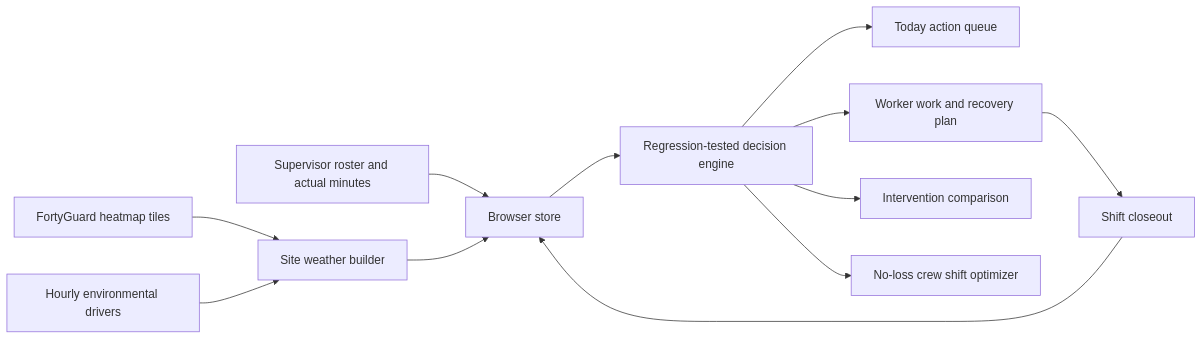
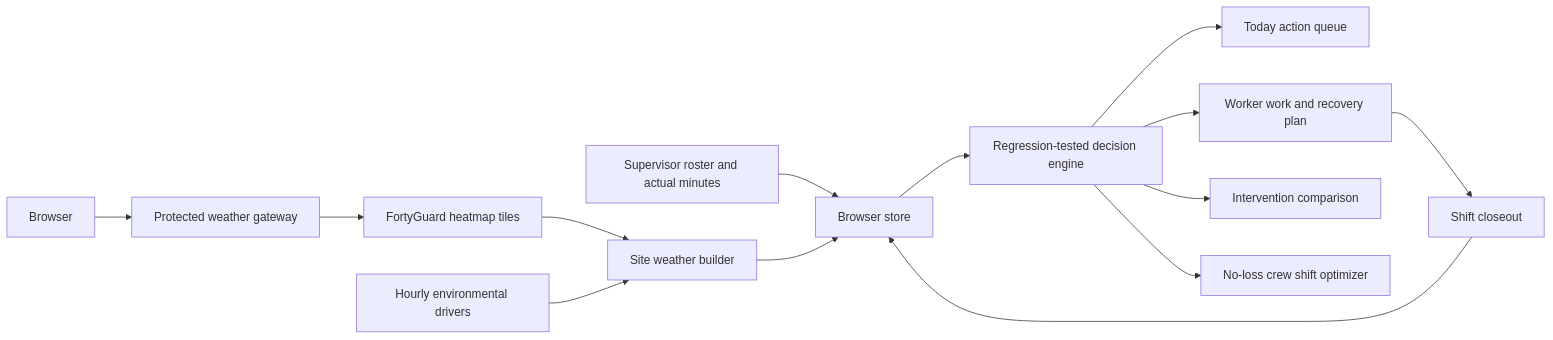
Before and after one commit to DataElk/sunup: the diagram in README.md, drawn with Mermaid. The commit also changed other lines of this file and 12 other files, not shown here.

Commit message:
Use protected live weather access

````diff
--- a/README.md
+++ b/README.md
@@ -89,14 +91,16 @@
 ```mermaid
 flowchart LR
-    FG[FortyGuard heatmap tiles] --> W[Site weather builder]
+    B[Browser] --> G[Protected weather gateway]
+    G --> FG[FortyGuard heatmap tiles]
+    FG --> W[Site weather builder]
     OM[Hourly environmental drivers] --> W
     U[Supervisor roster and actual minutes] --> S[Browser store]
     W --> S
     S --> E[Regression-tested decision engine]
     E --> T[Today action queue]
     E --> P[Worker work and recovery plan]
     E --> I[Intervention comparison]
     E --> O[No-loss crew shift optimizer]
     P --> L[Shift closeout]
     L --> S
 ```
````
